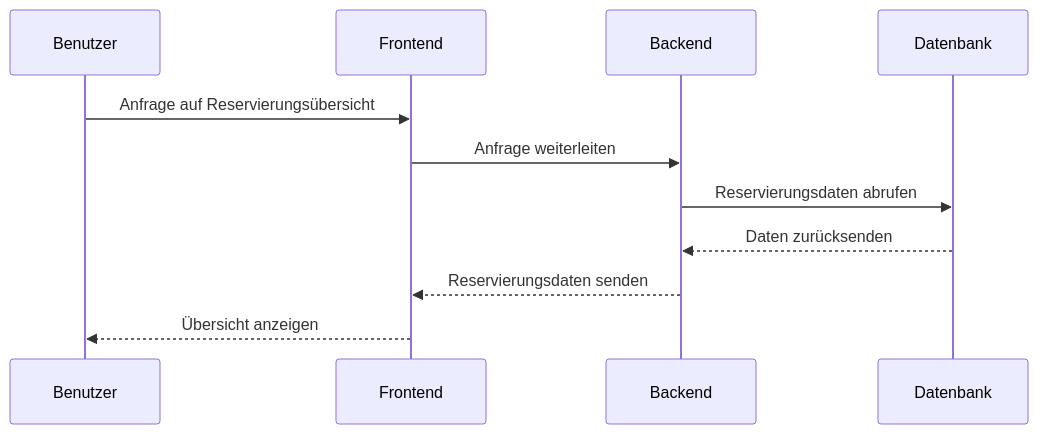
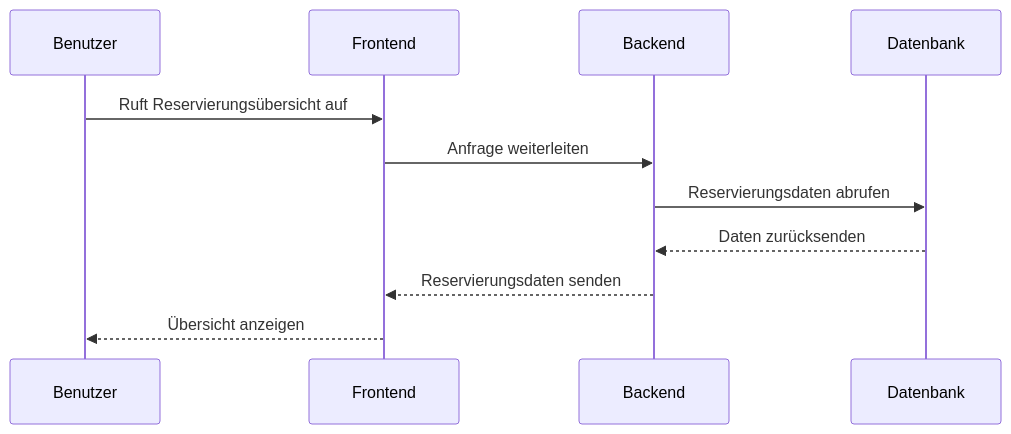
The seventh of 11 diagrams in documentation/architecture/SAD.md (AlinaBoess/SoftwareEngineeringProjektTINF23B5), drawn with Mermaid before and after one commit. The commit also changed other lines of this file, not shown here.

````diff
--- a/documentation/architecture/SAD.md
+++ b/documentation/architecture/SAD.md
@@ -191,14 +191,14 @@
 ```mermaid
 sequenceDiagram
     participant Benutzer
     participant Frontend
     participant Backend
     participant Datenbank
     
-    Benutzer->>Frontend: Anfrage auf Reservierungsübersicht
+    Benutzer->>Frontend: Ruft Reservierungsübersicht auf
     Frontend->>Backend: Anfrage weiterleiten
     Backend->>Datenbank: Reservierungsdaten abrufen
     Datenbank-->>Backend: Daten zurücksenden
     Backend-->>Frontend: Reservierungsdaten senden
     Frontend-->>Benutzer: Übersicht anzeigen
 ```
````
